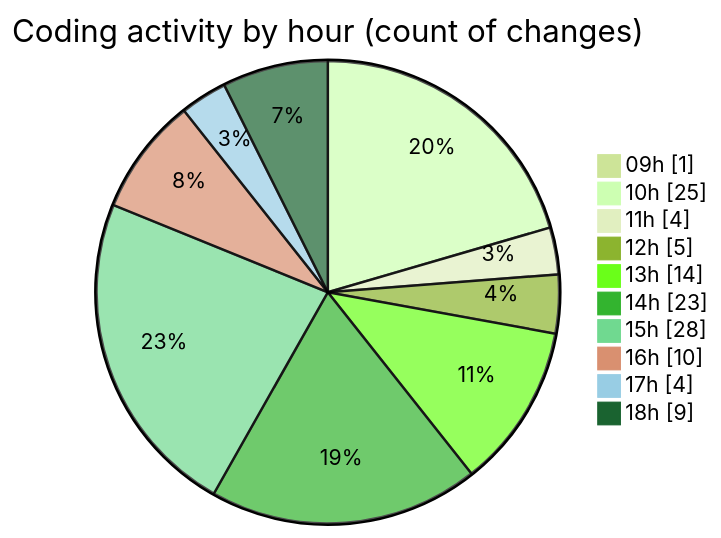
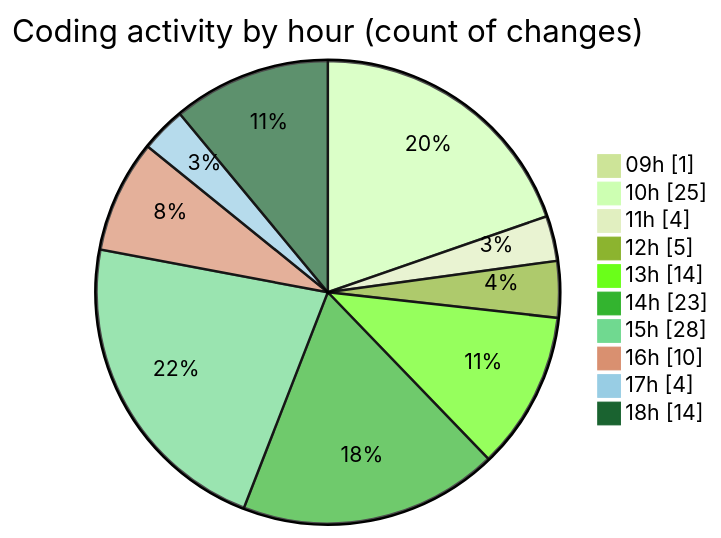
The second of 2 diagrams in 2025-11-17/eventscop-frontend-guide__workspace_/README.md (julien-gomy/code-tracking), drawn with Mermaid (forest theme) before and after one commit. The commit also changed other lines of this file and 1 other file, not shown here.

````diff
--- a/2025-11-17/eventscop-frontend-guide__workspace_/README.md
+++ b/2025-11-17/eventscop-frontend-guide__workspace_/README.md
@@ -61,14 +61,14 @@
 ```mermaid
 pie showData
 title Coding activity by hour (count of changes)
 "09h" : 1
 "10h" : 25
 "11h" : 4
 "12h" : 5
 "13h" : 14
 "14h" : 23
 "15h" : 28
 "16h" : 10
 "17h" : 4
-"18h" : 9
+"18h" : 14
 ```
````
